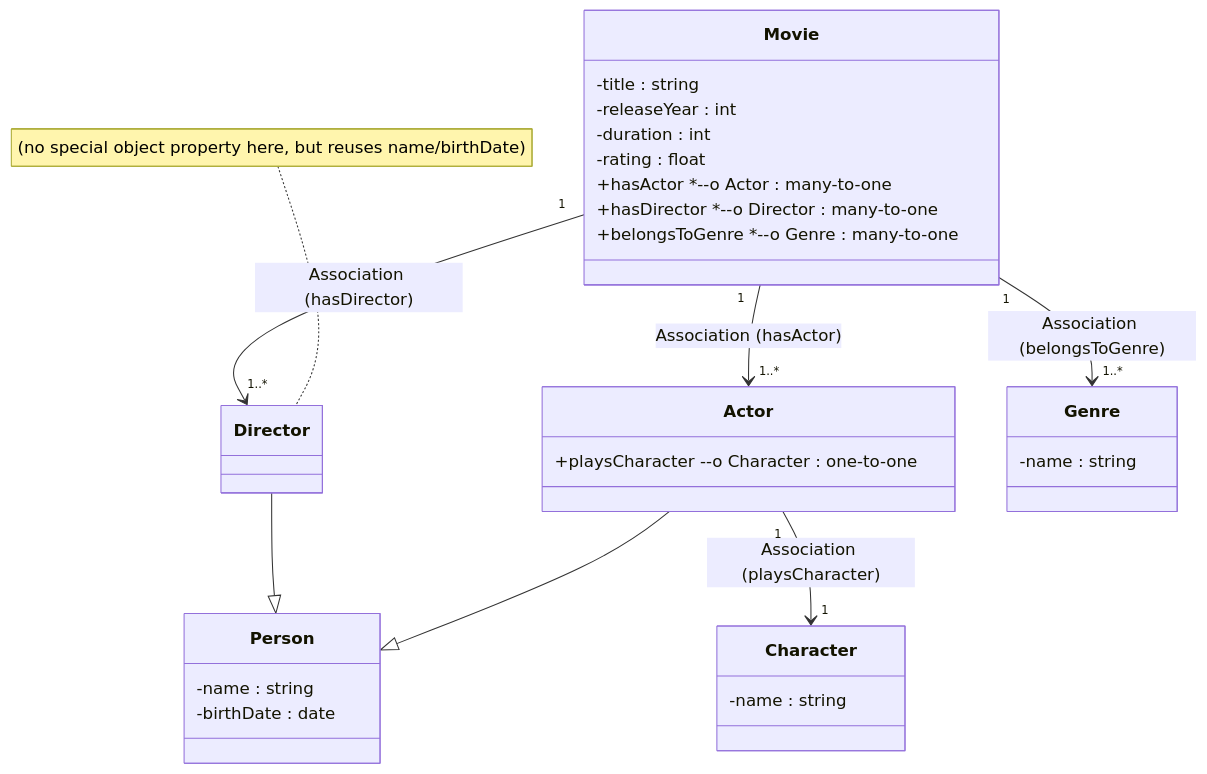
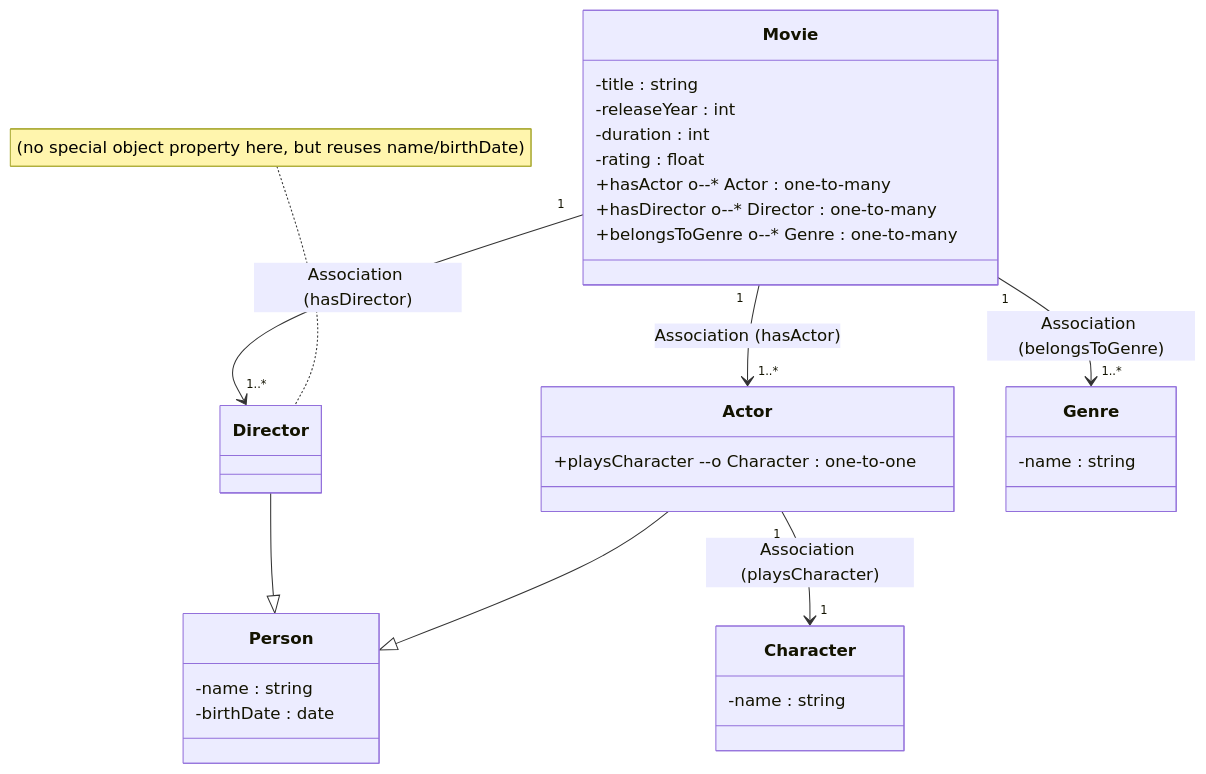
One commit to shauryashaurya/The-Silmaril changed the first of 2 diagrams in o1/o1-structure.md. Above: the diagram before and after it, drawn with Mermaid.

Commit message:
fixed relationship descriptions

````diff
--- a/o1/o1-structure.md
+++ b/o1/o1-structure.md
@@ -3,48 +3,48 @@
 ```mermaid                      
 classDiagram    
     class Movie {    
         %% Data Properties    
         -title : string    
         -releaseYear : int    
         -duration : int    
         -rating : float    
         %% Object Properties    
-        +hasActor *--o Actor : many-to-one    
-        +hasDirector *--o Director : many-to-one    
-        +belongsToGenre *--o Genre : many-to-one    
+        +hasActor o--* Actor : one-to-many    
+        +hasDirector o--* Director : one-to-many    
+        +belongsToGenre o--* Genre : one-to-many    
     }    
     
     class Person {    
         %% Data Properties    
         -name : string    
         -birthDate : date    
     }    
     
     class Actor {    
         %% Object Properties    
         +playsCharacter --o Character : one-to-one    
     }    
     
     class Director {    
         %% Inherited Data Properties from Person (name, birthDate) are implicitly present    
     }    
     note for Director "(no special object property here, but reuses name/birthDate)"    
     
     class Character {    
         %% Data Properties    
         -name : string    
     }    
     
     class Genre {    
         %% Data Properties    
         -name : string    
     }    
     
     Actor --|> Person    
     Director --|> Person    
 	
 	Movie "1" --> "1..*" Actor : Association (hasActor)
     Movie "1" --> "1..*" Director : Association (hasDirector)
     Movie "1" --> "1..*" Genre : Association (belongsToGenre)
     Actor "1" --> "1" Character : Association (playsCharacter)
 ```         
````
